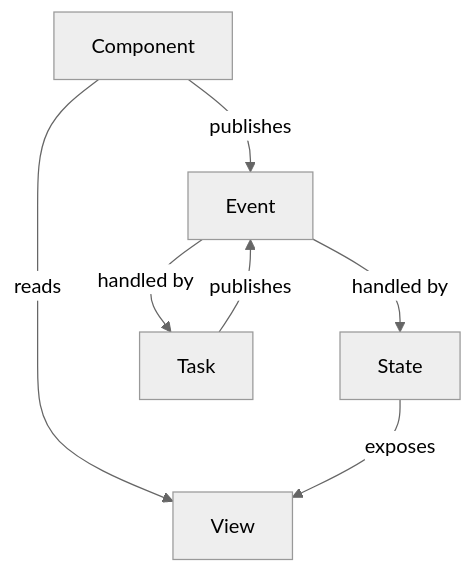
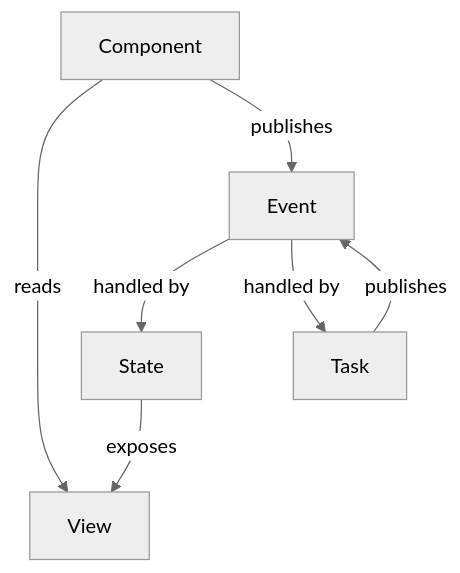
The diagram in packages/store/my-readem.md (fredyang/evst), drawn with Mermaid (neutral theme) before and after one commit. The commit also changed other lines of this file, not shown here.

````diff
--- a/packages/store/my-readem.md
+++ b/packages/store/my-readem.md
@@ -46,9 +46,9 @@
 ```mermaid
 flowchart TB
   component[Component] -->|reads| view[View]
   component -->|publishes| event[Event]
+  task -->|publishes| event
   event -->|handled by| state[State]
   event -->|handled by| task[Task]
-  task -->|publishes| event
   state -->|exposes| view
 ```
````
